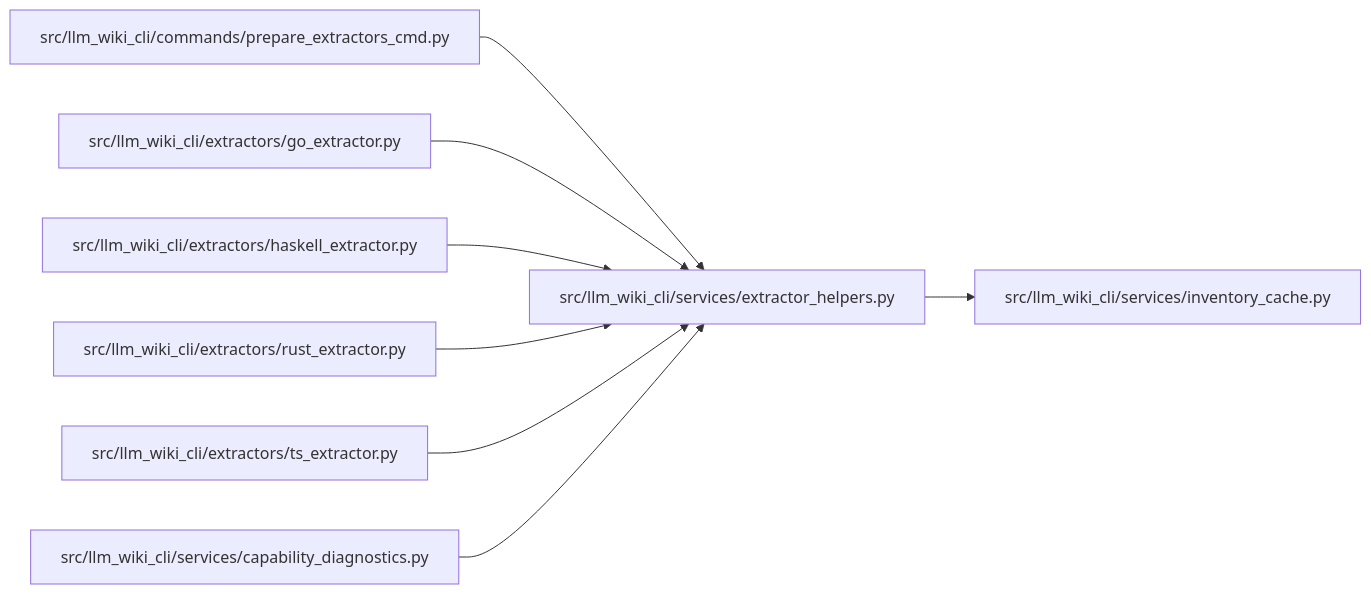
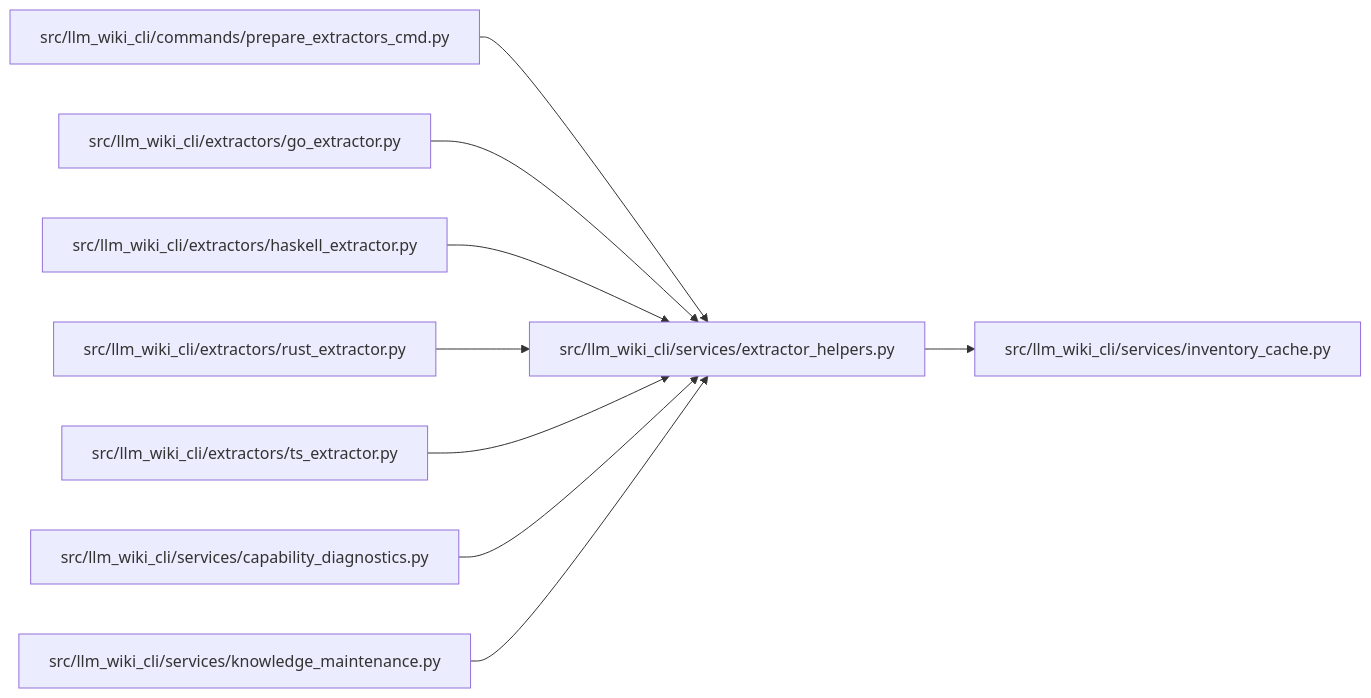
The diagram in docs/llm_wiki/modules/extractor_helpers.md (Denissvgn/python-wiki-llm), drawn with Mermaid before and after one commit. The commit also changed other lines of this file and 387 other files, not shown here.

Commit message:
docs(wiki): refresh repository maintenance knowledge

````diff
--- a/docs/llm_wiki/modules/extractor_helpers.md
+++ b/docs/llm_wiki/modules/extractor_helpers.md
@@ -33,26 +33,29 @@
 ```mermaid
 flowchart LR
     n0["src/llm_wiki_cli/commands/prepare_extractors_cmd.py"]
     n1["src/llm_wiki_cli/extractors/go_extractor.py"]
     n2["src/llm_wiki_cli/extractors/haskell_extractor.py"]
     n3["src/llm_wiki_cli/extractors/rust_extractor.py"]
     n4["src/llm_wiki_cli/extractors/ts_extractor.py"]
     n5["src/llm_wiki_cli/services/capability_diagnostics.py"]
     n6["src/llm_wiki_cli/services/extractor_helpers.py"]
     n7["src/llm_wiki_cli/services/inventory_cache.py"]
+    n8["src/llm_wiki_cli/services/knowledge_maintenance.py"]
     n0 --> n6
     n1 --> n6
     n2 --> n6
     n3 --> n6
     n4 --> n6
     n5 --> n6
     n6 --> n7
+    n8 --> n6
     click n0 "../modules/prepare_extractors_cmd.md"
     click n1 "../modules/go_extractor.md"
     click n2 "../modules/haskell_extractor.md"
     click n3 "../modules/rust_extractor.md"
     click n4 "../modules/ts_extractor.md"
     click n5 "../modules/capability_diagnostics.md"
     click n6 "../modules/extractor_helpers.md"
     click n7 "../modules/inventory_cache.md"
+    click n8 "../modules/knowledge_maintenance.md"
 ```
````
